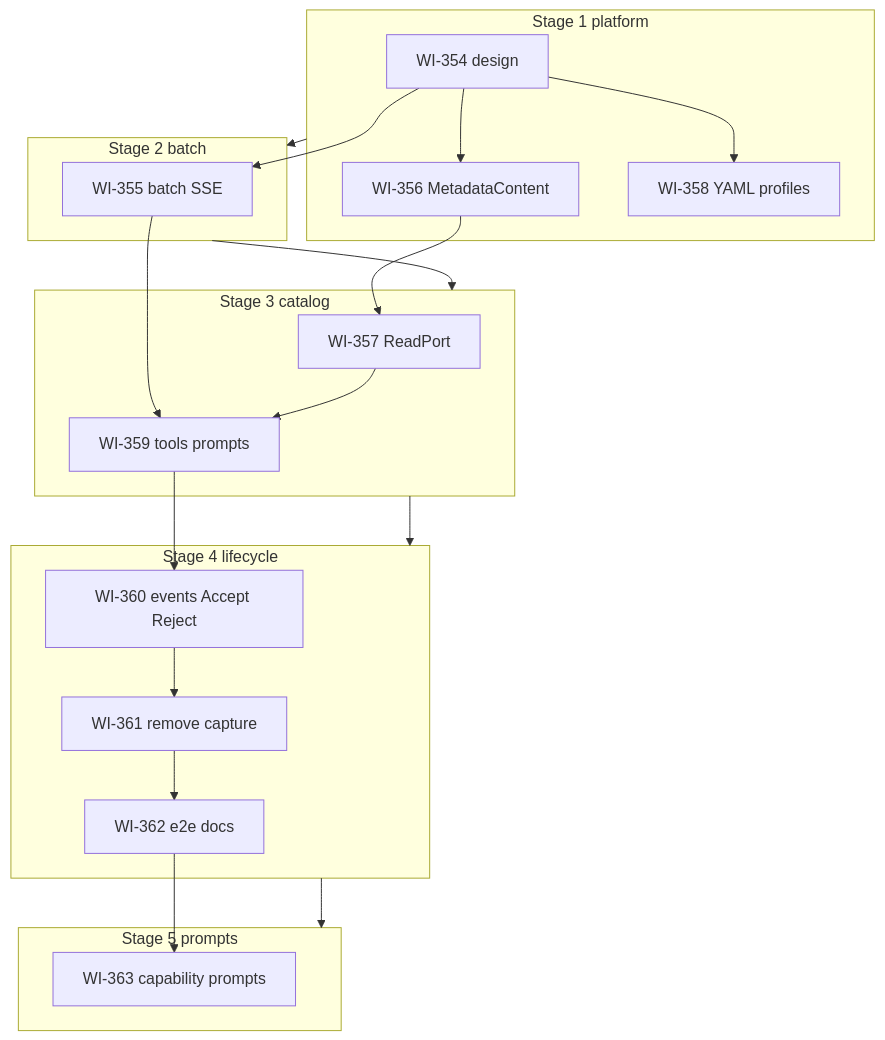
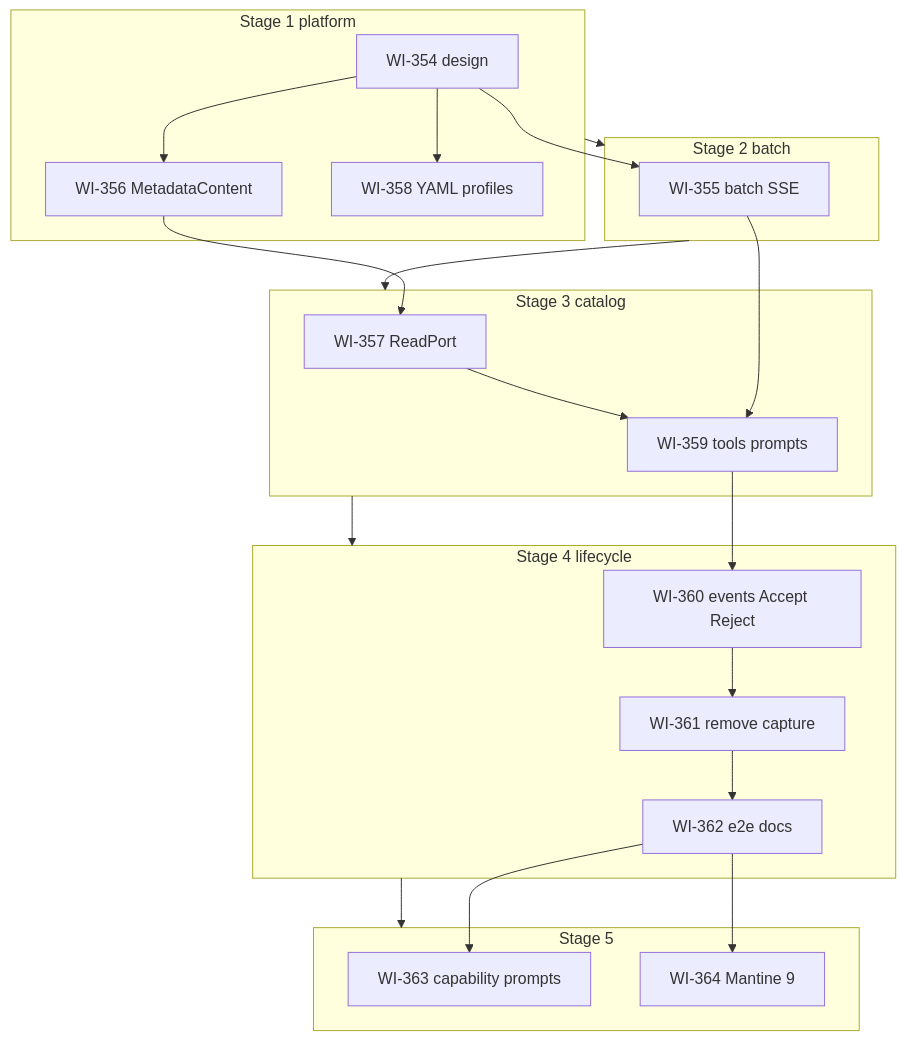
Before and after one commit to qpointz/qpointz: the first of 2 diagrams in docs/workitems/in-progress/metadata-authoring-profiles/PLAN.md, drawn with Mermaid. The commit also changed other lines of this file and 147 other files, not shown here.

````diff
--- a/docs/workitems/in-progress/metadata-authoring-profiles/PLAN.md
+++ b/docs/workitems/in-progress/metadata-authoring-profiles/PLAN.md
@@ -29,34 +29,36 @@
 ```mermaid
 flowchart TB
   subgraph s1 [Stage 1 platform]
     WI354[WI-354 design]
     WI356[WI-356 MetadataContent]
     WI358[WI-358 YAML profiles]
     WI354 --> WI356
     WI354 --> WI358
   end
   subgraph s2 [Stage 2 batch]
     WI355[WI-355 batch SSE]
     WI354 --> WI355
   end
   subgraph s3 [Stage 3 catalog]
     WI357[WI-357 ReadPort]
     WI359[WI-359 tools prompts]
     WI356 --> WI357
     WI355 --> WI359
     WI357 --> WI359
   end
   subgraph s4 [Stage 4 lifecycle]
     WI360[WI-360 events Accept Reject]
     WI361[WI-361 remove capture]
     WI362[WI-362 e2e docs]
     WI359 --> WI360
     WI360 --> WI361
     WI361 --> WI362
   end
-  subgraph s5 [Stage 5 prompts]
+  subgraph s5 [Stage 5]
     WI363[WI-363 capability prompts]
+    WI364[WI-364 Mantine 9]
     WI362 --> WI363
+    WI362 --> WI364
   end
   s1 --> s2 --> s3 --> s4 --> s5
 ```
````
